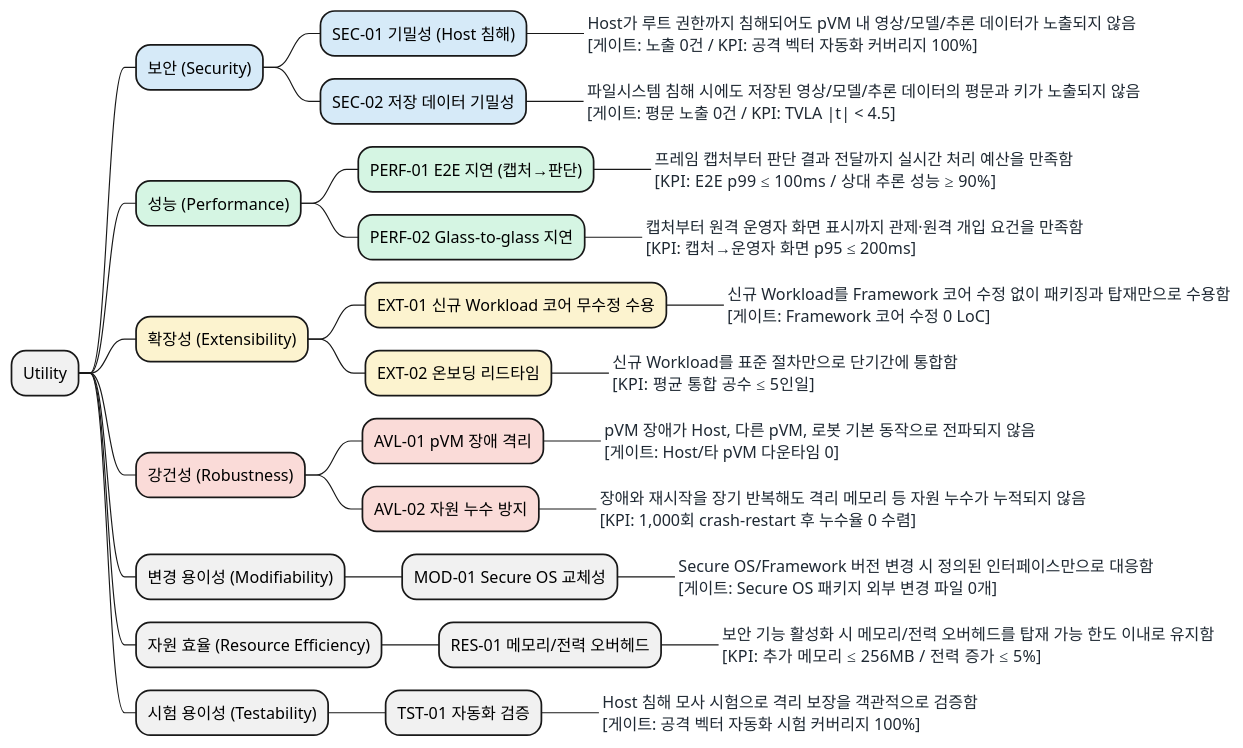
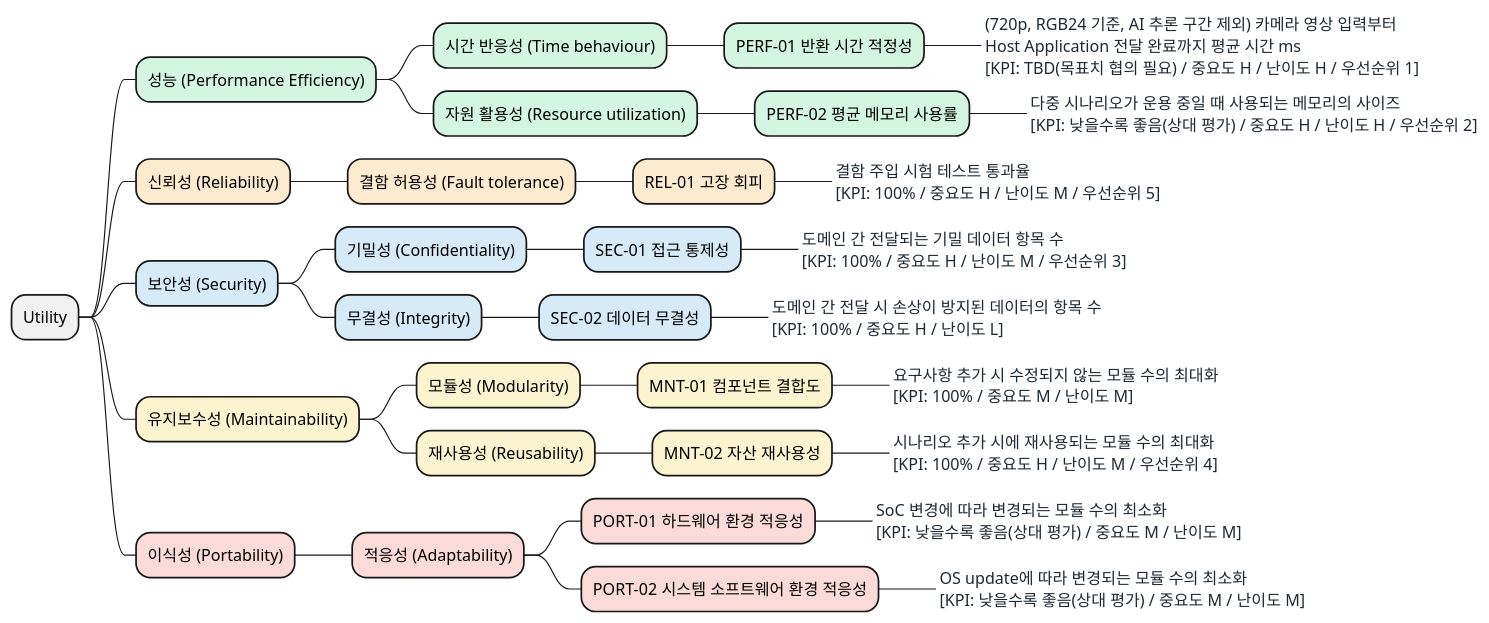
Before and after one commit to boram1288/test-p: the diagram in docs/03_utility_tree.md, drawn with PlantUML. The commit also changed other lines of this file, not shown here.

````diff
--- a/docs/03_utility_tree.md
+++ b/docs/03_utility_tree.md
@@ -28,41 +28,43 @@
 ```plantuml
 @startmindmap
 <style>
 mindmapDiagram {
   boxless {
     FontColor #1F2933
   }
 }
 </style>
 * Utility
-**[#D6EAF8] 보안 (Security)
-***[#D6EAF8] SEC-01 기밀성 (Host 침해)
-****_ Host가 루트 권한까지 침해되어도 pVM 내 영상/모델/추론 데이터가 노출되지 않음\n[게이트: 노출 0건 / KPI: 공격 벡터 자동화 커버리지 100%]
-***[#D6EAF8] SEC-02 저장 데이터 기밀성
-****_ 파일시스템 침해 시에도 저장된 영상/모델/추론 데이터의 평문과 키가 노출되지 않음\n[게이트: 평문 노출 0건 / KPI: TVLA |t| < 4.5]
-**[#D5F5E3] 성능 (Performance)
-***[#D5F5E3] PERF-01 E2E 지연 (캡처→판단)
-****_ 프레임 캡처부터 판단 결과 전달까지 실시간 처리 예산을 만족함\n[KPI: E2E p99 ≤ 100ms / 상대 추론 성능 ≥ 90%]
-***[#D5F5E3] PERF-02 Glass-to-glass 지연
-****_ 캡처부터 원격 운영자 화면 표시까지 관제·원격 개입 요건을 만족함\n[KPI: 캡처→운영자 화면 p95 ≤ 200ms]
-**[#FCF3CF] 확장성 (Extensibility)
-***[#FCF3CF] EXT-01 신규 Workload 코어 무수정 수용
-****_ 신규 Workload를 Framework 코어 수정 없이 패키징과 탑재만으로 수용함\n[게이트: Framework 코어 수정 0 LoC]
-***[#FCF3CF] EXT-02 온보딩 리드타임
-****_ 신규 Workload를 표준 절차만으로 단기간에 통합함\n[KPI: 평균 통합 공수 ≤ 5인일]
-**[#FADBD8] 강건성 (Robustness)
-***[#FADBD8] AVL-01 pVM 장애 격리
-****_ pVM 장애가 Host, 다른 pVM, 로봇 기본 동작으로 전파되지 않음\n[게이트: Host/타 pVM 다운타임 0]
-***[#FADBD8] AVL-02 자원 누수 방지
-****_ 장애와 재시작을 장기 반복해도 격리 메모리 등 자원 누수가 누적되지 않음\n[KPI: 1,000회 crash-restart 후 누수율 0 수렴]
-** 변경 용이성 (Modifiability)
-*** MOD-01 Secure OS 교체성
-****_ Secure OS/Framework 버전 변경 시 정의된 인터페이스만으로 대응함\n[게이트: Secure OS 패키지 외부 변경 파일 0개]
-** 자원 효율 (Resource Efficiency)
-*** RES-01 메모리/전력 오버헤드
-****_ 보안 기능 활성화 시 메모리/전력 오버헤드를 탑재 가능 한도 이내로 유지함\n[KPI: 추가 메모리 ≤ 256MB / 전력 증가 ≤ 5%]
-** 시험 용이성 (Testability)
-*** TST-01 자동화 검증
-****_ Host 침해 모사 시험으로 격리 보장을 객관적으로 검증함\n[게이트: 공격 벡터 자동화 시험 커버리지 100%]
+**[#D5F5E3] 성능 (Performance Efficiency)
+***[#D5F5E3] 시간 반응성 (Time behaviour)
+****[#D5F5E3] PERF-01 반환 시간 적정성
+*****_ (720p, RGB24 기준, AI 추론 구간 제외) 카메라 영상 입력부터\nHost Application 전달 완료까지 평균 시간 ms\n[KPI: TBD(목표치 협의 필요) / 중요도 H / 난이도 H / 우선순위 1]
+***[#D5F5E3] 자원 활용성 (Resource utilization)
+****[#D5F5E3] PERF-02 평균 메모리 사용률
+*****_ 다중 시나리오가 운용 중일 때 사용되는 메모리의 사이즈\n[KPI: 낮을수록 좋음(상대 평가) / 중요도 H / 난이도 H / 우선순위 2]
+**[#FDEBD0] 신뢰성 (Reliability)
+***[#FDEBD0] 결함 허용성 (Fault tolerance)
+****[#FDEBD0] REL-01 고장 회피
+*****_ 결함 주입 시험 테스트 통과율\n[KPI: 100% / 중요도 H / 난이도 M / 우선순위 5]
+**[#D6EAF8] 보안성 (Security)
+***[#D6EAF8] 기밀성 (Confidentiality)
+****[#D6EAF8] SEC-01 접근 통제성
+*****_ 도메인 간 전달되는 기밀 데이터 항목 수\n[KPI: 100% / 중요도 H / 난이도 M / 우선순위 3]
+***[#D6EAF8] 무결성 (Integrity)
+****[#D6EAF8] SEC-02 데이터 무결성
+*****_ 도메인 간 전달 시 손상이 방지된 데이터의 항목 수\n[KPI: 100% / 중요도 H / 난이도 L]
+**[#FCF3CF] 유지보수성 (Maintainability)
+***[#FCF3CF] 모듈성 (Modularity)
+****[#FCF3CF] MNT-01 컴포넌트 결합도
+*****_ 요구사항 추가 시 수정되지 않는 모듈 수의 최대화\n[KPI: 100% / 중요도 M / 난이도 M]
+***[#FCF3CF] 재사용성 (Reusability)
+****[#FCF3CF] MNT-02 자산 재사용성
+*****_ 시나리오 추가 시에 재사용되는 모듈 수의 최대화\n[KPI: 100% / 중요도 H / 난이도 M / 우선순위 4]
+**[#FADBD8] 이식성 (Portability)
+***[#FADBD8] 적응성 (Adaptability)
+****[#FADBD8] PORT-01 하드웨어 환경 적응성
+*****_ SoC 변경에 따라 변경되는 모듈 수의 최소화\n[KPI: 낮을수록 좋음(상대 평가) / 중요도 M / 난이도 M]
+****[#FADBD8] PORT-02 시스템 소프트웨어 환경 적응성
+*****_ OS update에 따라 변경되는 모듈 수의 최소화\n[KPI: 낮을수록 좋음(상대 평가) / 중요도 M / 난이도 M]
 @endmindmap
 ```
````
